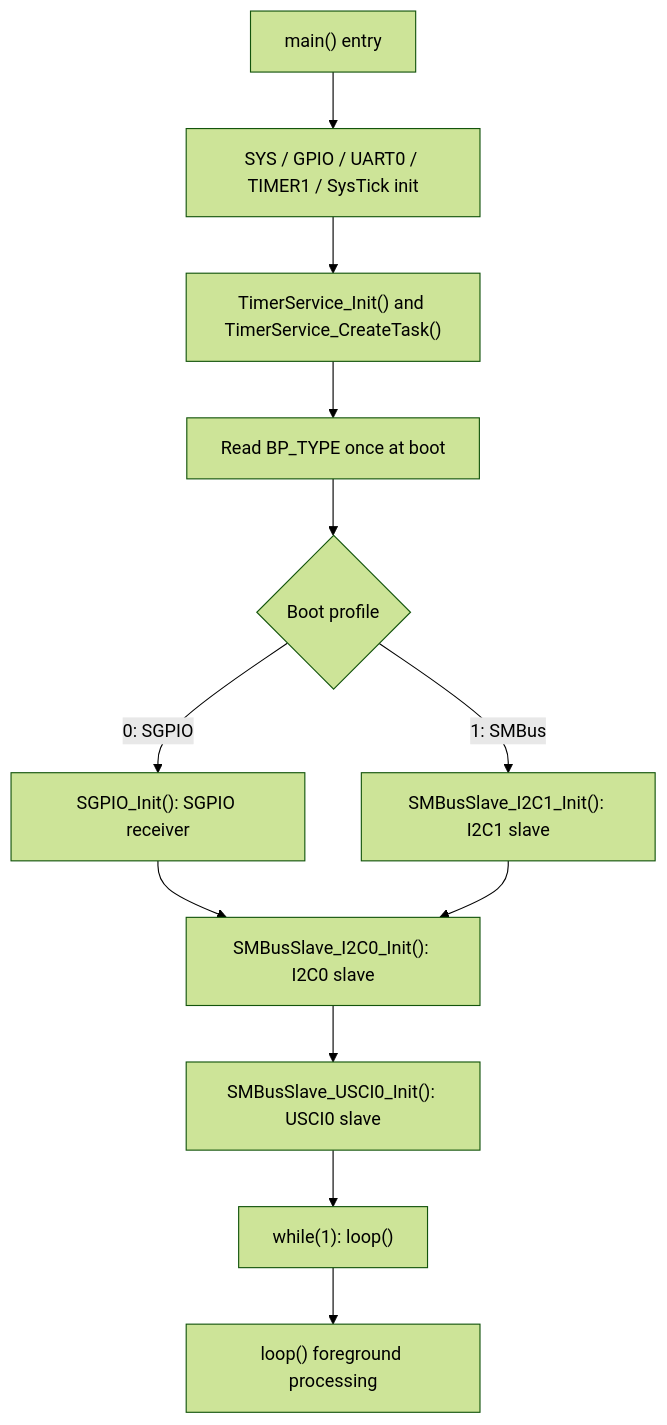
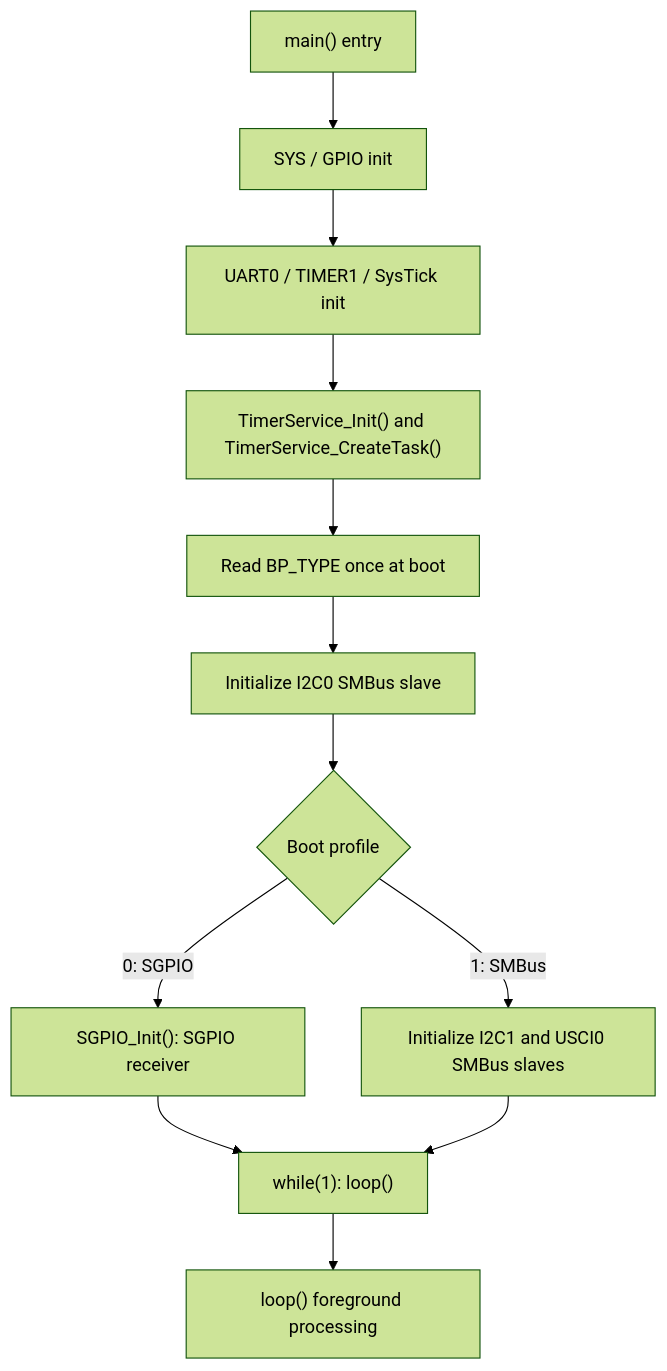
The first of 4 diagrams in README.md (released/M031BSP_Software_SGPIO_I2C_Slave), drawn with Mermaid (forest theme) before and after one commit. The commit also changed other lines of this file and 40 other files, not shown here.

````diff
--- a/README.md
+++ b/README.md
@@ -165,14 +174,14 @@
 ```mermaid
 flowchart TD
-    A["main() entry"] --> B["SYS / GPIO / UART0 / TIMER1 / SysTick init"]
-    B --> C["TimerService_Init() and TimerService_CreateTask()"]
-    C --> D["Read BP_TYPE once at boot"]
-    D --> E{"Boot profile"}
-    E -->|0: SGPIO| F["SGPIO_Init(): SGPIO receiver"]
-    E -->|1: SMBus| G["SMBusSlave_I2C1_Init(): I2C1 slave"]
-    F --> H["SMBusSlave_I2C0_Init(): I2C0 slave"]
-    G --> H
-    H --> I["SMBusSlave_USCI0_Init(): USCI0 slave"]
-    I --> J["while(1): loop()"]
-    J --> K["loop() foreground processing"]
+    A["main() entry"] --> B["SYS / GPIO init"]
+    B --> D["UART0 / TIMER1 / SysTick init"]
+    D --> E["TimerService_Init() and TimerService_CreateTask()"]
+    E --> F["Read BP_TYPE once at boot"]
+    F --> G["Initialize I2C0 SMBus slave"]
+    G --> H{"Boot profile"}
+    H -->|0: SGPIO| J["SGPIO_Init(): SGPIO receiver"]
+    H -->|1: SMBus| L["Initialize I2C1 and USCI0 SMBus slaves"]
+    J --> M["while(1): loop()"]
+    L --> M
+    M --> N["loop() foreground processing"]
 ```
````
